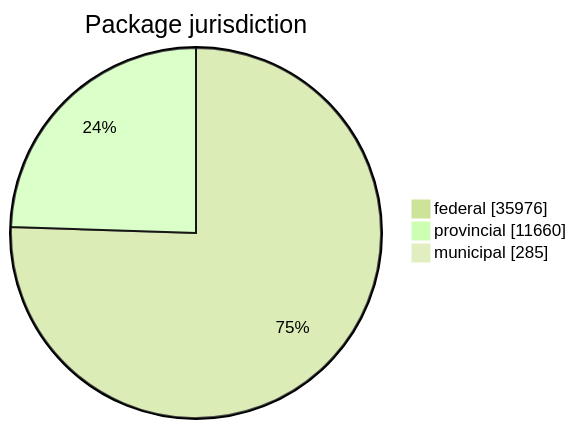
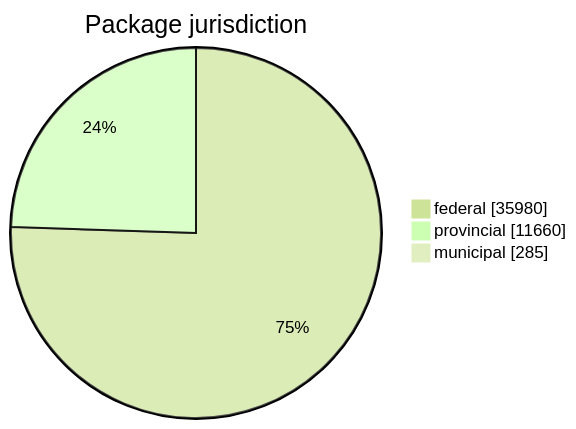
Before and after one commit to open-data/analytics-corporate-reporting: the first of 5 diagrams in FreshCheck/README.md, drawn with Mermaid (forest theme). The commit also changed other lines of this file and 3 other files, not shown here.

````diff
--- a/FreshCheck/README.md
+++ b/FreshCheck/README.md
@@ -60,6 +60,6 @@
 ```mermaid
 pie showData title Package jurisdiction
-    "federal": 35976
+    "federal": 35980
     "provincial": 11660
     "municipal": 285
 ```
````
